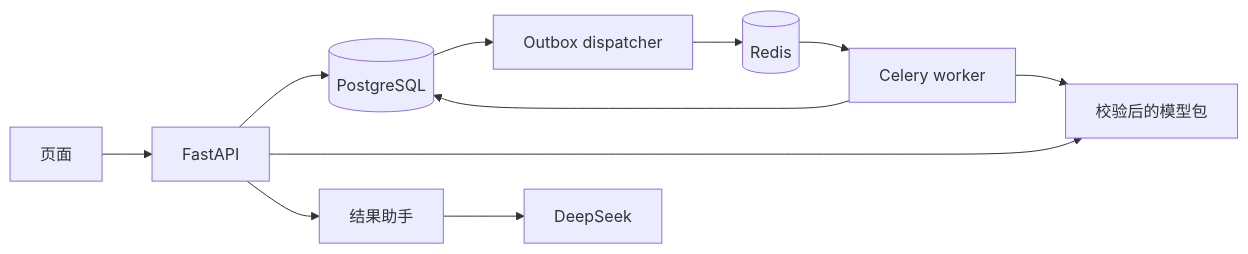
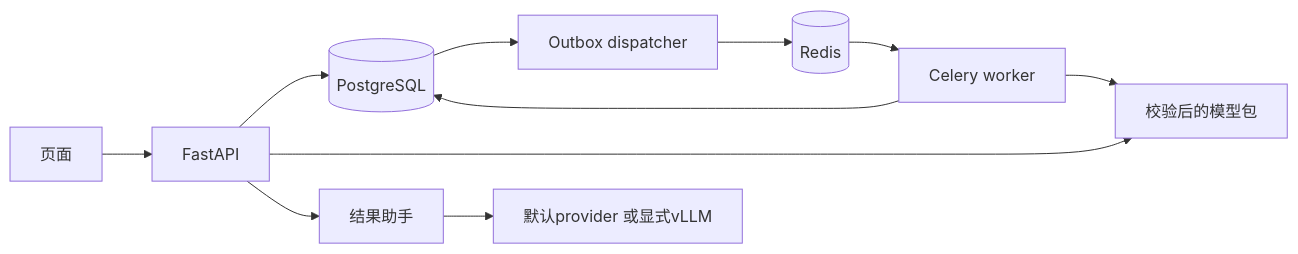
One commit to PlainSightX/wind-workbench changed the diagram in docs/public-architecture.md. Above: the diagram before and after it, drawn with Mermaid. The commit also changed other lines of this file and 47 other files, not shown here.

````diff
--- a/docs/public-architecture.md
+++ b/docs/public-architecture.md
@@ -6,13 +6,13 @@
 ```mermaid
 flowchart LR
   UI[页面] --> API[FastAPI]
   API --> PG[(PostgreSQL)]
   PG --> Dispatcher[Outbox dispatcher]
   Dispatcher --> Redis[(Redis)]
   Redis --> Worker[Celery worker]
   Worker --> PG
   Worker --> Files[校验后的模型包]
   API --> Files
   API --> Assistant[结果助手]
-  Assistant --> Provider[DeepSeek]
+  Assistant --> Provider[默认provider 或显式vLLM]
 ```
````
